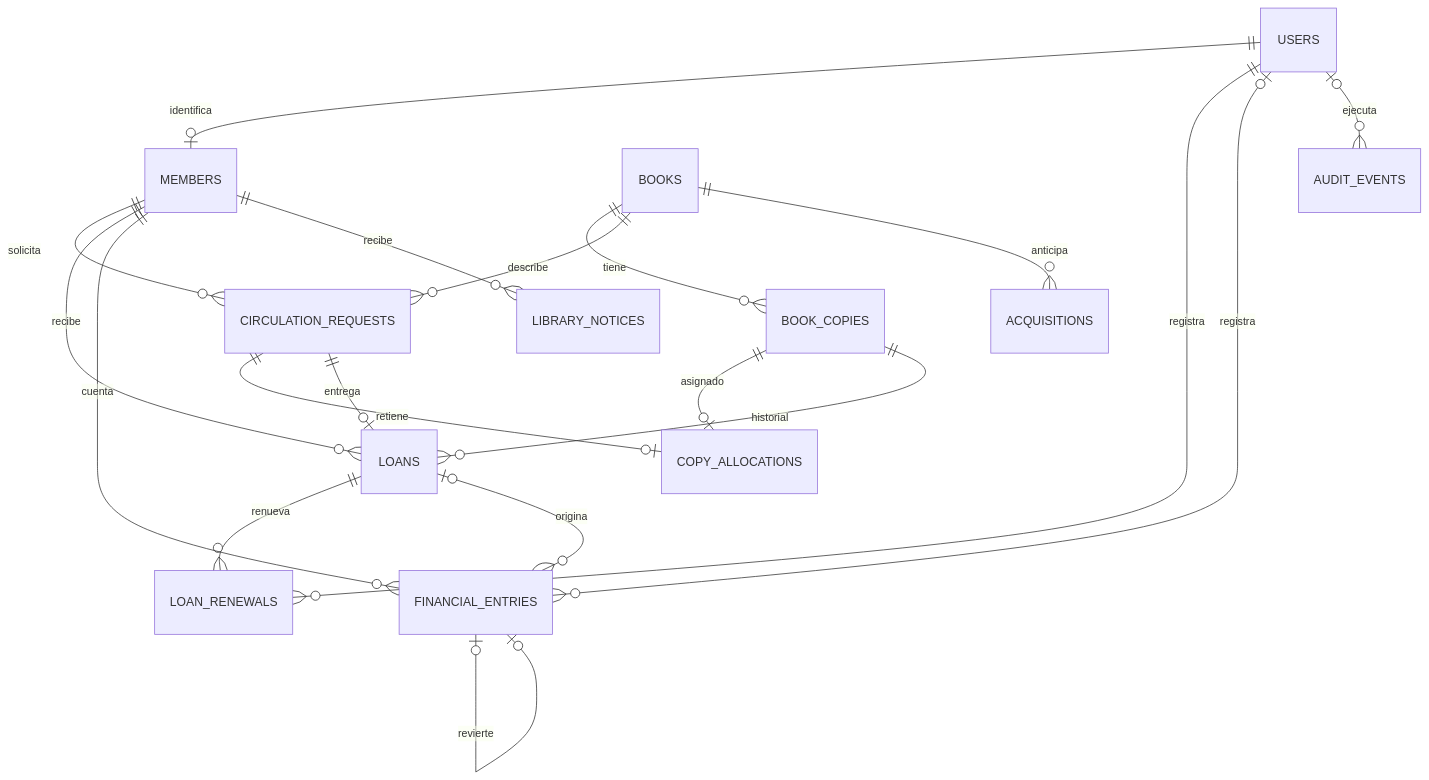
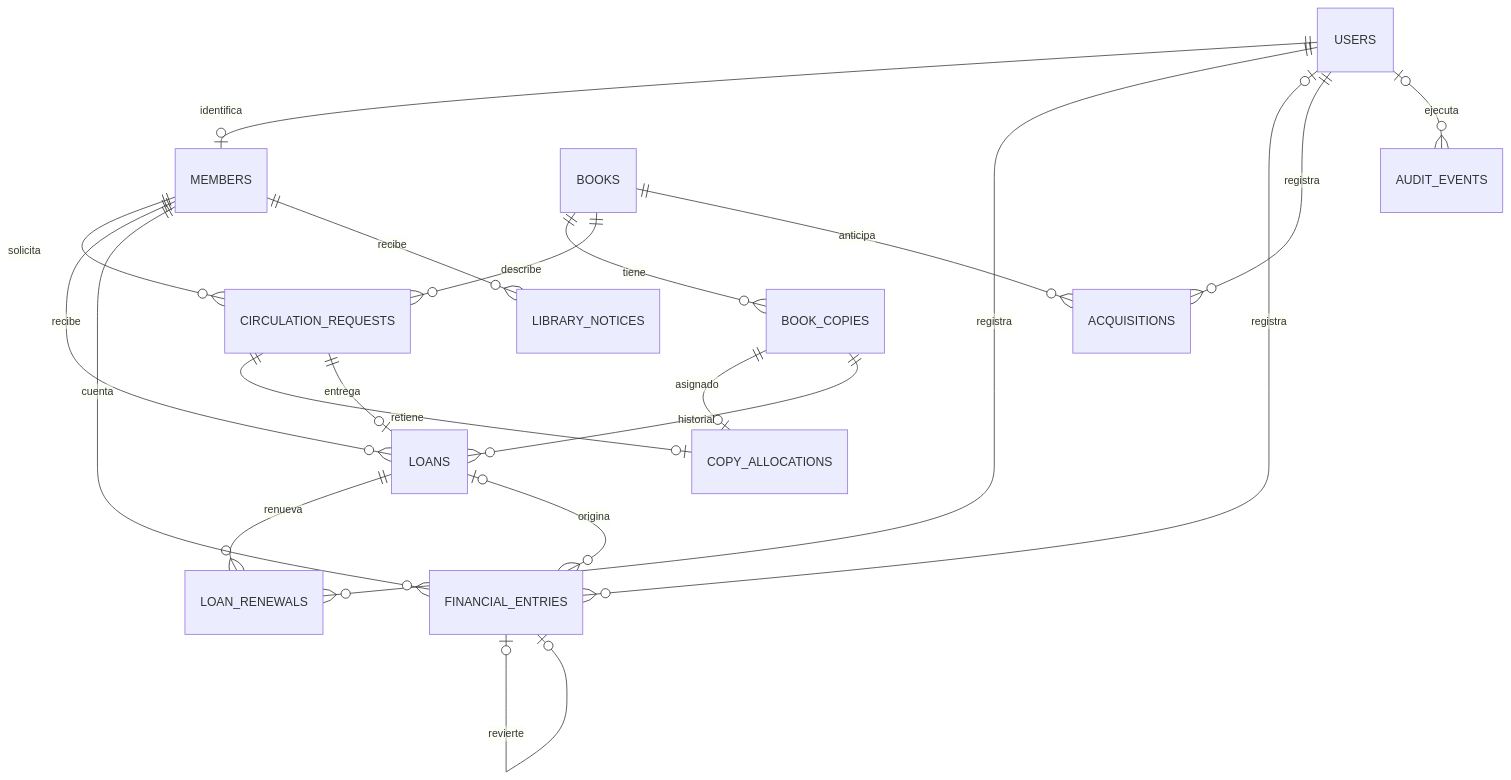
One commit to Yukyshiram/Andrew-Studio changed the diagram in docs/16_DOMINIO_BIBLIOTECARIO_3.md. Above: the diagram before and after it, drawn with Mermaid. The commit also changed other lines of this file and 3 other files, not shown here.

````diff
--- a/docs/16_DOMINIO_BIBLIOTECARIO_3.md
+++ b/docs/16_DOMINIO_BIBLIOTECARIO_3.md
@@ -58,21 +58,22 @@
 ```mermaid
 erDiagram
     USERS ||--o| MEMBERS : identifica
     BOOKS ||--o{ BOOK_COPIES : tiene
     MEMBERS ||--o{ CIRCULATION_REQUESTS : solicita
     BOOKS ||--o{ CIRCULATION_REQUESTS : describe
     CIRCULATION_REQUESTS ||--o| COPY_ALLOCATIONS : retiene
     BOOK_COPIES ||--o| COPY_ALLOCATIONS : asignado
     CIRCULATION_REQUESTS ||--o| LOANS : entrega
     MEMBERS ||--o{ LOANS : recibe
     BOOK_COPIES ||--o{ LOANS : historial
     LOANS ||--o{ LOAN_RENEWALS : renueva
     USERS ||--o{ LOAN_RENEWALS : registra
     MEMBERS ||--o{ FINANCIAL_ENTRIES : cuenta
     LOANS |o--o{ FINANCIAL_ENTRIES : origina
     USERS |o--o{ FINANCIAL_ENTRIES : registra
     FINANCIAL_ENTRIES |o--o| FINANCIAL_ENTRIES : revierte
     MEMBERS ||--o{ LIBRARY_NOTICES : recibe
     BOOKS ||--o{ ACQUISITIONS : anticipa
+    USERS ||--o{ ACQUISITIONS : registra
     USERS |o--o{ AUDIT_EVENTS : ejecuta
 ```
````
